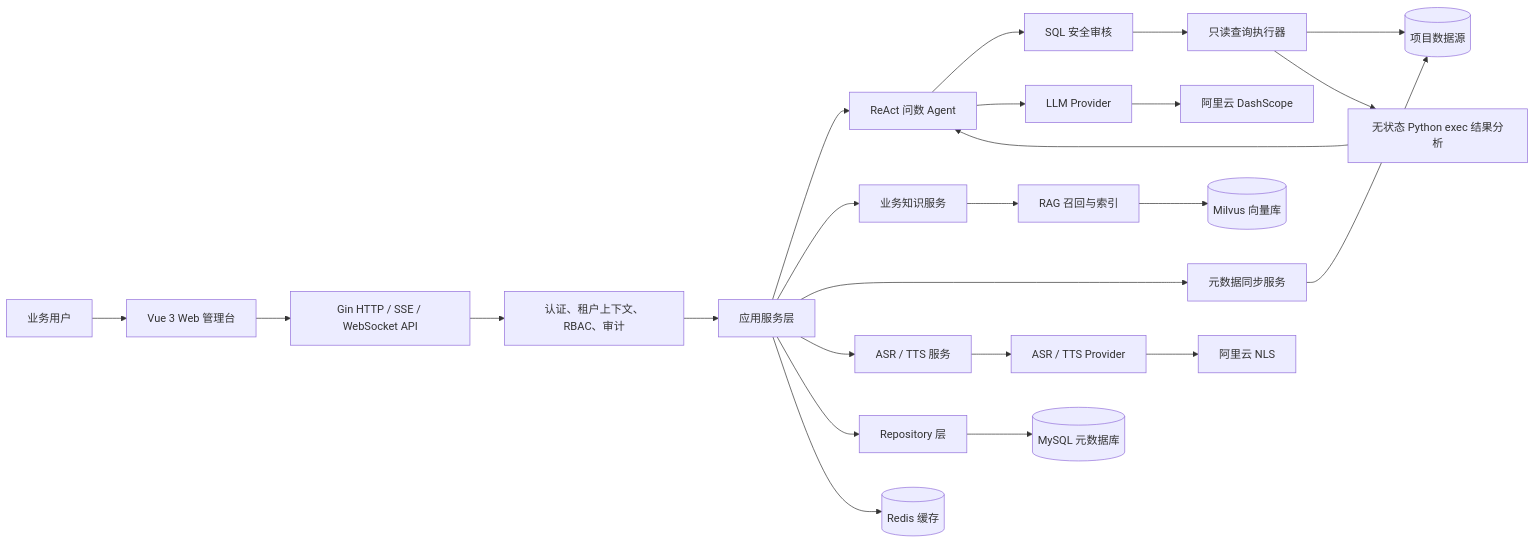
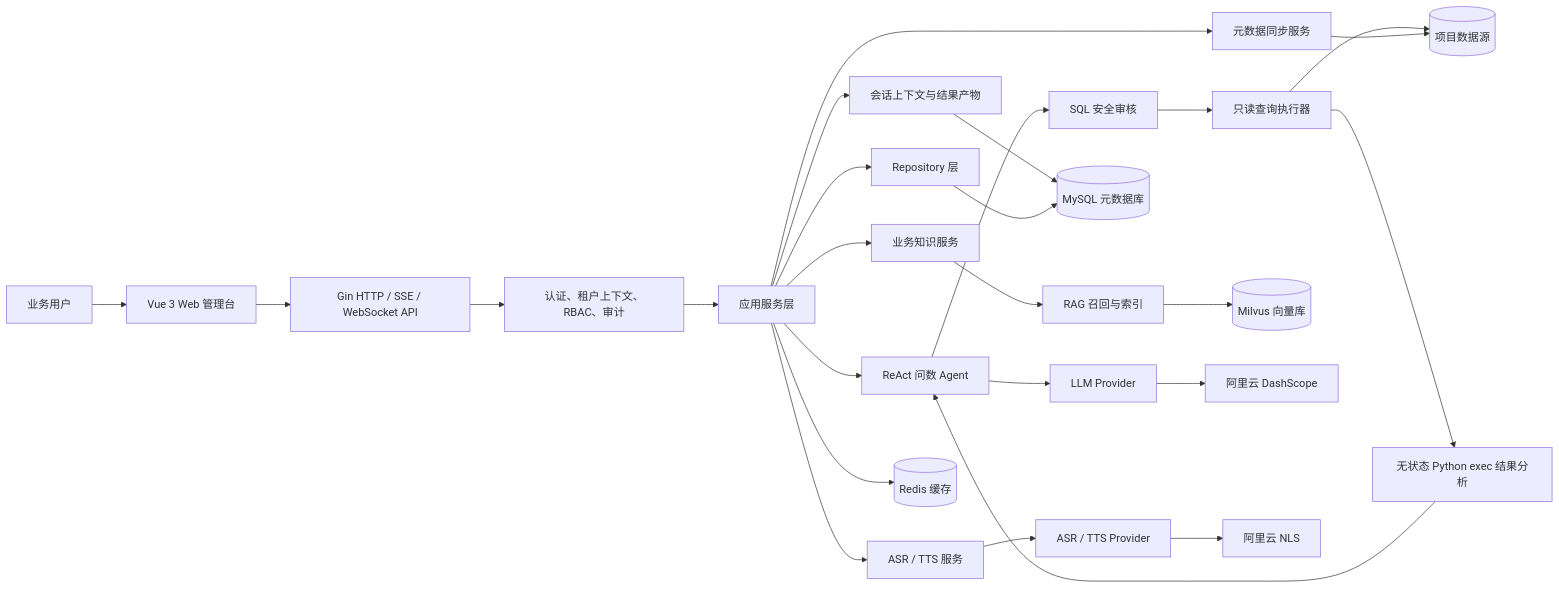
The first of 3 diagrams in README-zh.md (fanxiangqing/ling-shu), drawn with Mermaid before and after one commit. The commit also changed other lines of this file and 20 other files, not shown here.

````diff
--- a/README-zh.md
+++ b/README-zh.md
@@ -60,30 +61,32 @@
 ```mermaid
 flowchart LR
   User["业务用户"] --> Web["Vue 3 Web 管理台"]
   Web --> API["Gin HTTP / SSE / WebSocket API"]
   API --> Gate["认证、租户上下文、RBAC、审计"]
   Gate --> Service["应用服务层"]
 
   Service --> Agent["ReAct 问数 Agent"]
+  Service --> Memory["会话上下文与结果产物"]
   Service --> Knowledge["业务知识服务"]
   Service --> Metadata["元数据同步服务"]
   Service --> Voice["ASR / TTS 服务"]
   Service --> Repo["Repository 层"]
 
   Agent --> Review["SQL 安全审核"]
   Review --> Executor["只读查询执行器"]
   Executor --> Sources[("项目数据源")]
   Executor --> PyExec["无状态 Python exec 结果分析"]
   PyExec --> Agent
 
   Knowledge --> RAG["RAG 召回与索引"]
   RAG --> Milvus[("Milvus 向量库")]
 
   Metadata --> Sources
-  Repo --> MySQL[("MySQL 元数据库")]
+  Memory --> MySQL[("MySQL 元数据库")]
+  Repo --> MySQL
   Service --> Redis[("Redis 缓存")]
   Agent --> LLM["LLM Provider"]
   Voice --> Speech["ASR / TTS Provider"]
   LLM --> Aliyun["阿里云 DashScope"]
   Speech --> AliyunNLS["阿里云 NLS"]
 ```
````
